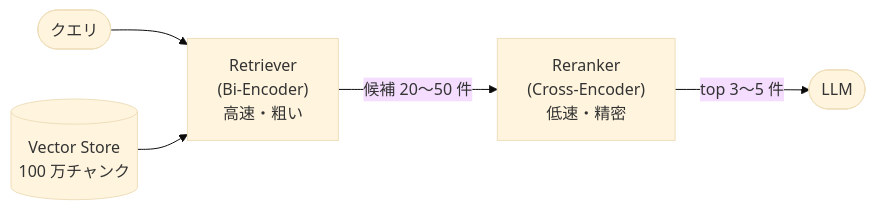
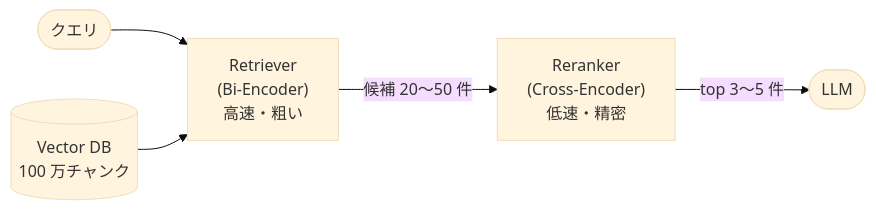
One commit to irimura/rag-system changed the second of 2 diagrams in docs/rag-components.md. Above: the diagram before and after it, drawn with Mermaid (base theme). The commit also changed other lines of this file and 10 other files, not shown here.

````diff
--- a/docs/rag-components.md
+++ b/docs/rag-components.md
@@ -220,7 +220,7 @@
 ```mermaid
 flowchart LR
     Q(["クエリ"]) --> R["Retriever<br/>(Bi-Encoder)<br/>高速・粗い"]
-    V[("Vector Store<br/>100 万チャンク")] --> R
+    V[("Vector DB<br/>100 万チャンク")] --> R
     R -->|"候補 20〜50 件"| RR["Reranker<br/>(Cross-Encoder)<br/>低速・精密"]
     RR -->|"top 3〜5 件"| L(["LLM"])
 ```
````
